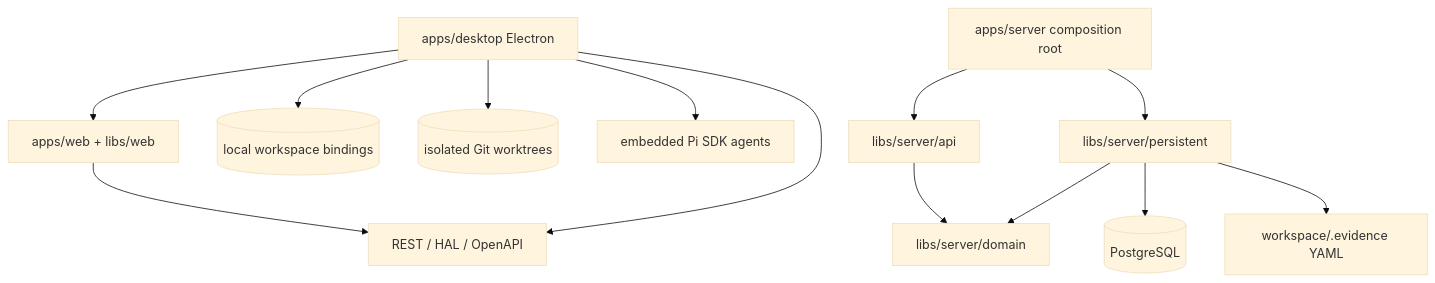
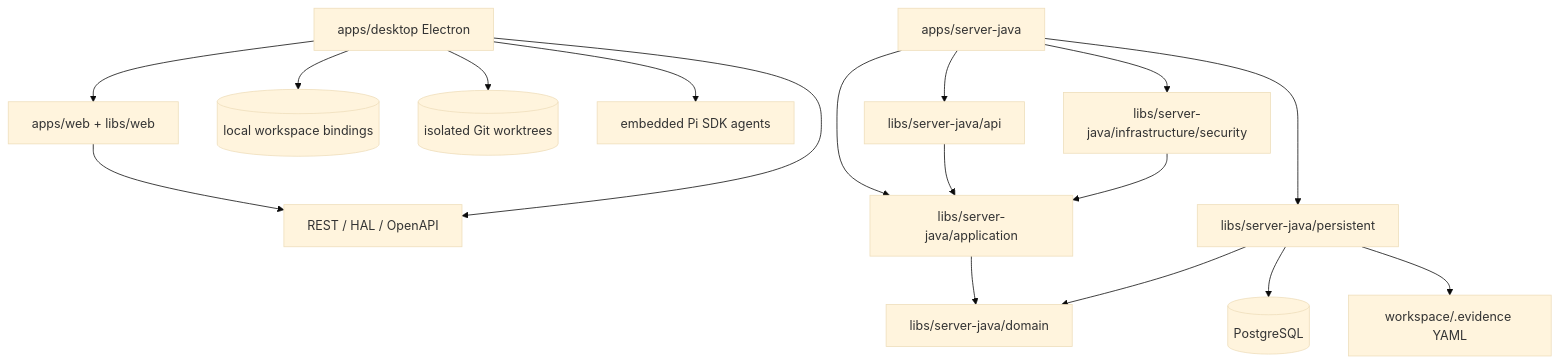
One commit to JayClock/Evidence changed the diagram in docs/architecture/architecture-style.md. Above: the diagram before and after it, drawn with Mermaid (base theme). The commit also changed other lines of this file and 323 other files, not shown here.

````diff
--- a/docs/architecture/architecture-style.md
+++ b/docs/architecture/architecture-style.md
@@ -29,17 +28,21 @@
 ```mermaid
 graph TD
   Web[apps/web + libs/web] --> PublishedAPI[REST / HAL / OpenAPI]
   Desktop[apps/desktop Electron] --> Web
   Desktop --> PublishedAPI
   Desktop --> Bindings[(local workspace bindings)]
   Desktop --> Worktrees[(isolated Git worktrees)]
   Desktop --> Pi[embedded Pi SDK agents]
 
-  ServerRoot[apps/server composition root] --> API[libs/server/api]
-  ServerRoot --> Persistence[libs/server/persistent]
-  API --> Domain[libs/server/domain]
+  ServerRoot[apps/server-java] --> API[libs/server-java/api]
+  ServerRoot --> Application[libs/server-java/application]
+  ServerRoot --> Persistence[libs/server-java/persistent]
+  ServerRoot --> Security[libs/server-java/infrastructure/security]
+  API --> Application
+  Application --> Domain[libs/server-java/domain]
   Persistence --> Domain
+  Security --> Application
 
   Persistence --> PostgreSQL[(PostgreSQL)]
   Persistence --> EvidenceFiles[workspace/.evidence YAML]
 ```
````
